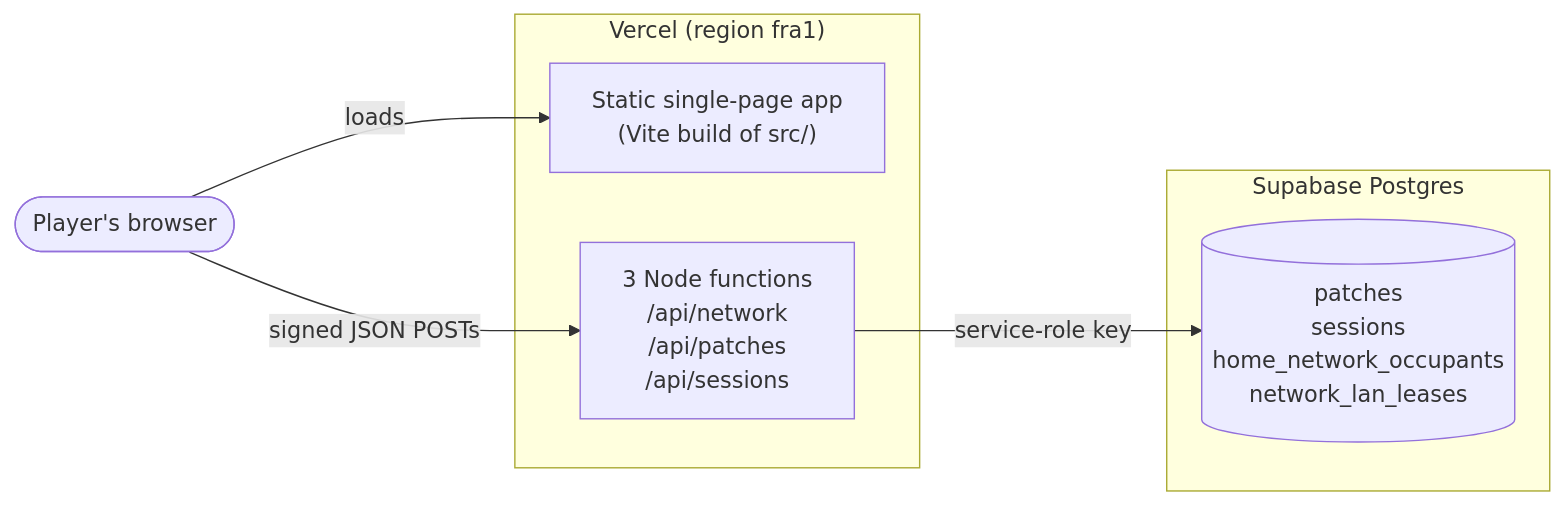
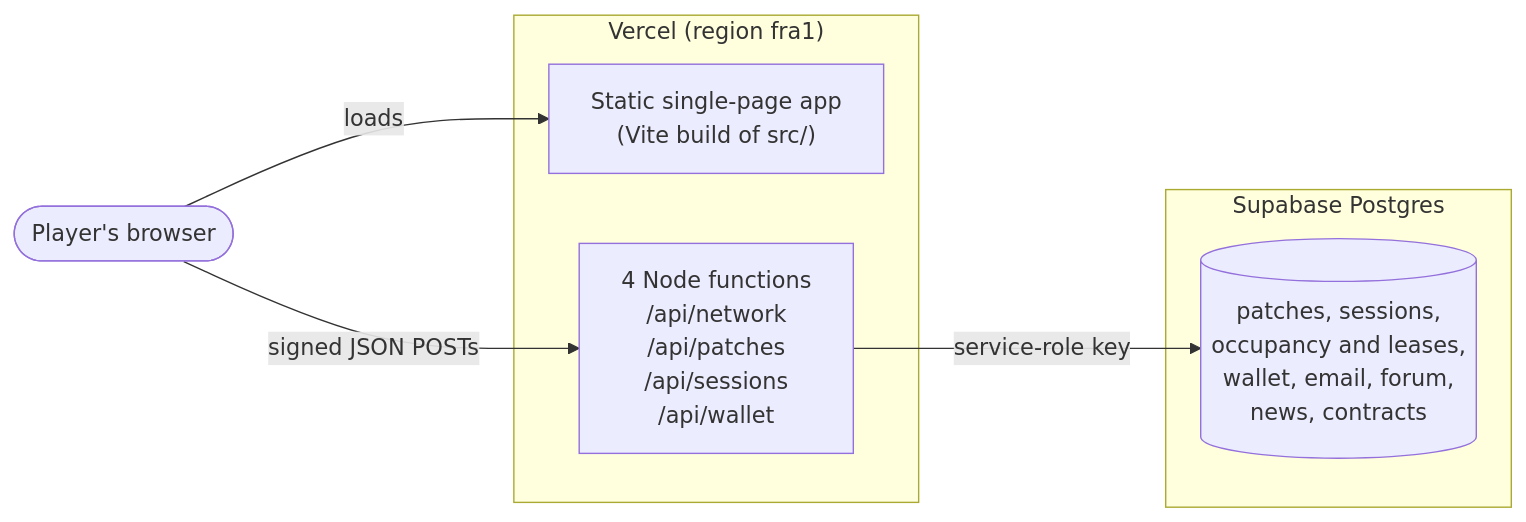
One commit to jscriptcoder/jshack.me changed the first of 3 diagrams in docs/handbook/01-architecture.md. Above: the diagram before and after it, drawn with Mermaid. The commit also changed other lines of this file and 17 other files, not shown here.

````diff
--- a/docs/handbook/01-architecture.md
+++ b/docs/handbook/01-architecture.md
@@ -21,14 +27,14 @@
 ```mermaid
 flowchart LR
   Player(["Player's browser"])
   subgraph Vercel["Vercel (region fra1)"]
     SPA["Static single-page app<br/>(Vite build of src/)"]
-    FN["3 Node functions<br/>/api/network<br/>/api/patches<br/>/api/sessions"]
+    FN["4 Node functions<br/>/api/network<br/>/api/patches<br/>/api/sessions<br/>/api/wallet"]
   end
   subgraph Supabase["Supabase Postgres"]
-    DB[("patches<br/>sessions<br/>home_network_occupants<br/>network_lan_leases")]
+    DB[("patches, sessions,<br/>occupancy and leases,<br/>wallet, email, forum,<br/>news, contracts")]
   end
   Player -->|"loads"| SPA
   Player -->|"signed JSON POSTs"| FN
   FN -->|"service-role key"| DB
 ```
````
